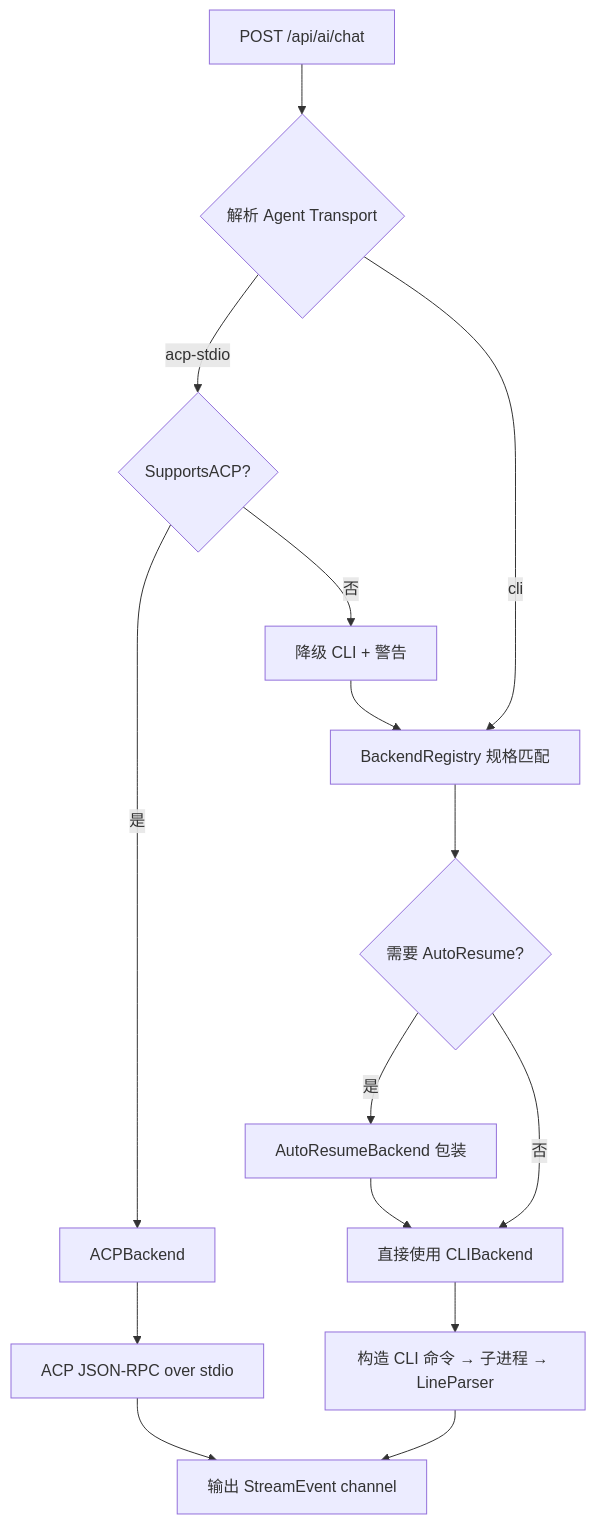
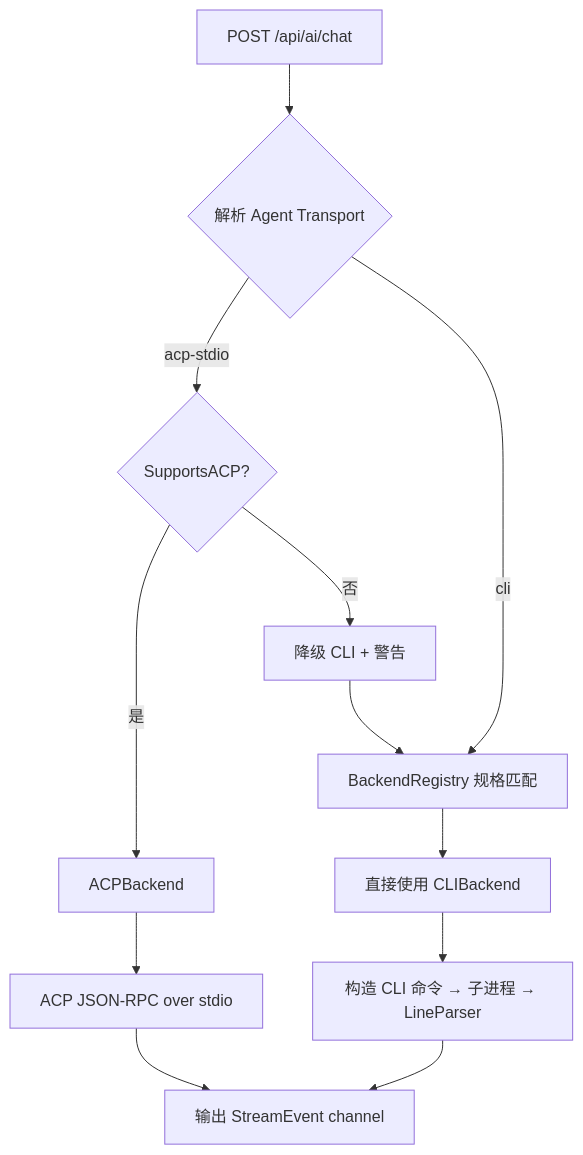
Before and after one commit to 0REZ/clawbench: the first of 3 diagrams in docs/spec/core/ai-backend.md, drawn with Mermaid. The commit also changed other lines of this file and 300 other files, not shown here.

````diff
--- a/docs/spec/core/ai-backend.md
+++ b/docs/spec/core/ai-backend.md
@@ -9,18 +9,15 @@
 ```mermaid
 flowchart TD
     A[POST /api/ai/chat] --> B{解析 Agent Transport}
     B -->|acp-stdio| C{SupportsACP?}
     C -->|是| D[ACPBackend]
     C -->|否| E[降级 CLI + 警告]
     B -->|cli| F[BackendRegistry 规格匹配]
 
     D --> G[ACP JSON-RPC over stdio]
     E --> F
-    F --> H{需要 AutoResume?}
-    H -->|是| I[AutoResumeBackend 包装]
-    H -->|否| J[直接使用 CLIBackend]
-    I --> J
+    F --> J[直接使用 CLIBackend]
     J --> K[构造 CLI 命令 → 子进程 → LineParser]
     G --> L[输出 StreamEvent channel]
     K --> L
 ```
````
